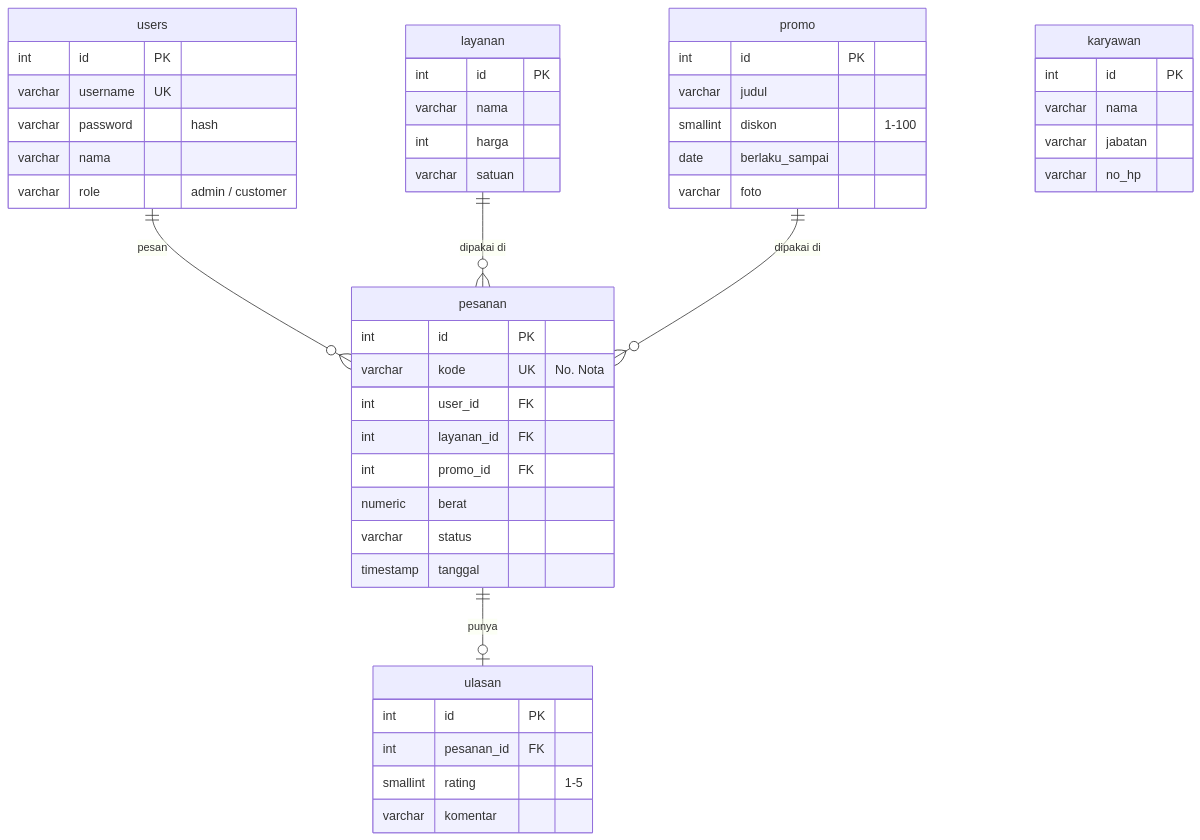
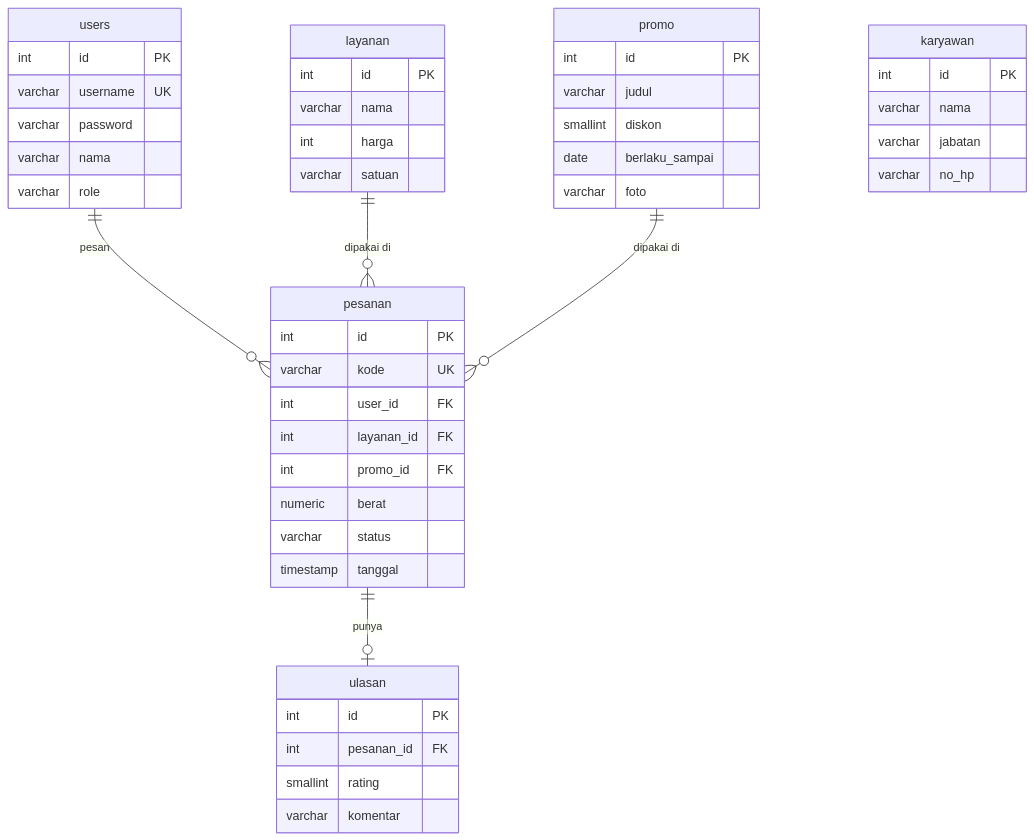
The third of 3 diagrams in README.md (aqillanauval/Golaundry-FIXX), drawn with Mermaid before and after one commit. The commit also changed other lines of this file and 55 other files, not shown here.

````diff
--- a/README.md
+++ b/README.md
@@ -176,50 +164,50 @@
 ```mermaid
 erDiagram
     users ||--o{ pesanan : "pesan"
     layanan ||--o{ pesanan : "dipakai di"
     promo ||--o{ pesanan : "dipakai di"
     pesanan ||--o| ulasan : "punya"
 
     users {
         int id PK
         varchar username UK
-        varchar password "hash"
+        varchar password
         varchar nama
-        varchar role "admin / customer"
+        varchar role
     }
     layanan {
         int id PK
         varchar nama
         int harga
         varchar satuan
     }
     promo {
         int id PK
         varchar judul
-        smallint diskon "1-100"
+        smallint diskon
         date berlaku_sampai
         varchar foto
     }
     pesanan {
         int id PK
-        varchar kode UK "No. Nota"
+        varchar kode UK
         int user_id FK
         int layanan_id FK
         int promo_id FK
         numeric berat
         varchar status
         timestamp tanggal
     }
     ulasan {
         int id PK
         int pesanan_id FK
-        smallint rating "1-5"
+        smallint rating
         varchar komentar
     }
     karyawan {
         int id PK
         varchar nama
         varchar jabatan
         varchar no_hp
     }
 ```
````
